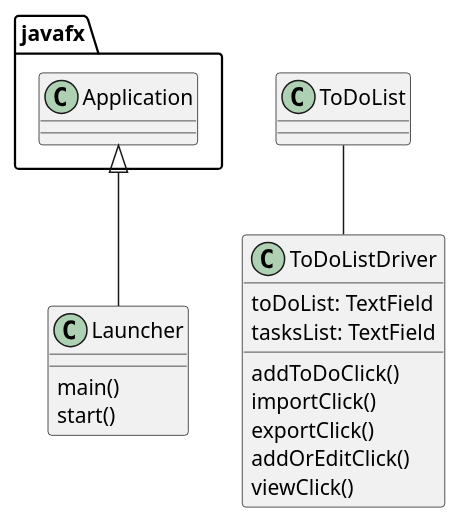
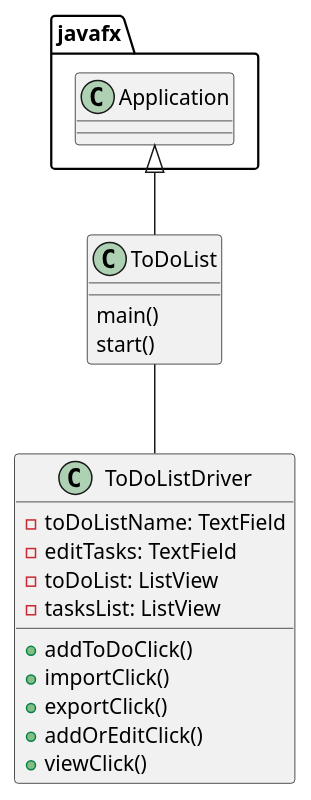
The diagram in uml/ToDoList.puml (fshofiquel/shofiquel-cop3330-assignment4), drawn with PlantUML before and after one commit. The commit also changed 1 other file, not shown here.

```diff
--- a/uml/ToDoList.puml
+++ b/uml/ToDoList.puml
@@ -1,29 +1,32 @@
 @startuml
 'https://plantuml.com/class-diagram
 
-class Launcher
+class ToDoList
 {
     main()
     start()
 }
 
 class ToDoListDriver
 {
-    toDoList: TextField
-    tasksList: TextField
+    - toDoListName: TextField
+    - editTasks: TextField
+    - toDoList: ListView
+    - tasksList: ListView
 
-    addToDoClick()
-    importClick()
-    exportClick()
-    addOrEditClick()
-    viewClick()
+
+    + addToDoClick()
+    + importClick()
+    + exportClick()
+    + addOrEditClick()
+    + viewClick()
 }
 
 
-javafx.Application <|-- Launcher
+javafx.Application <|-- ToDoList
 
 ToDoList -- ToDoListDriver
 
 
 
 @enduml
```
